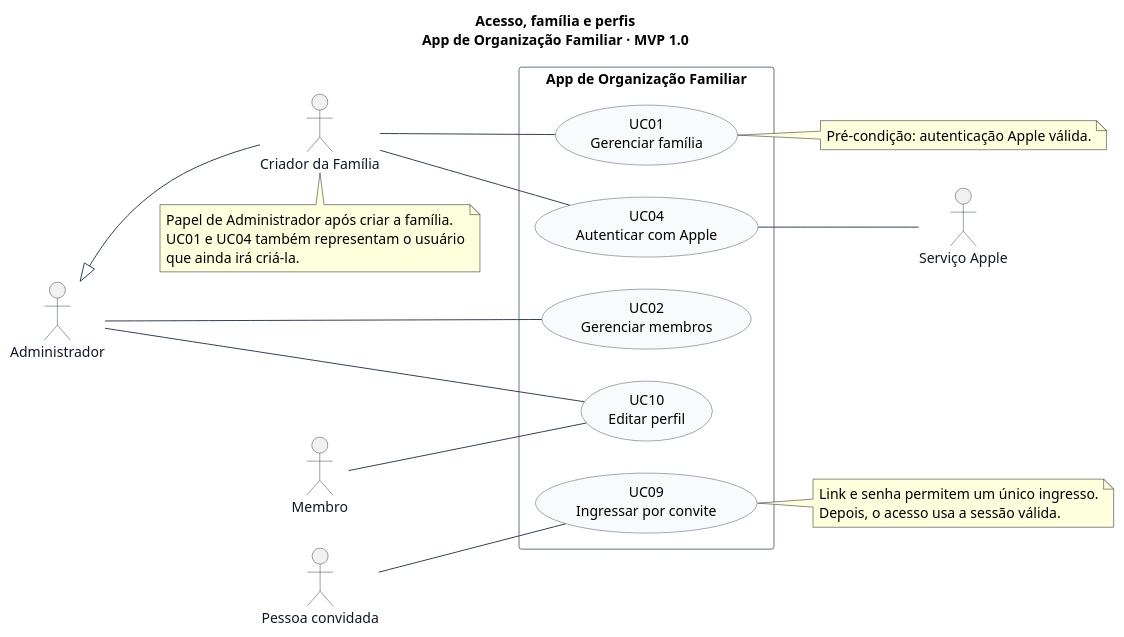
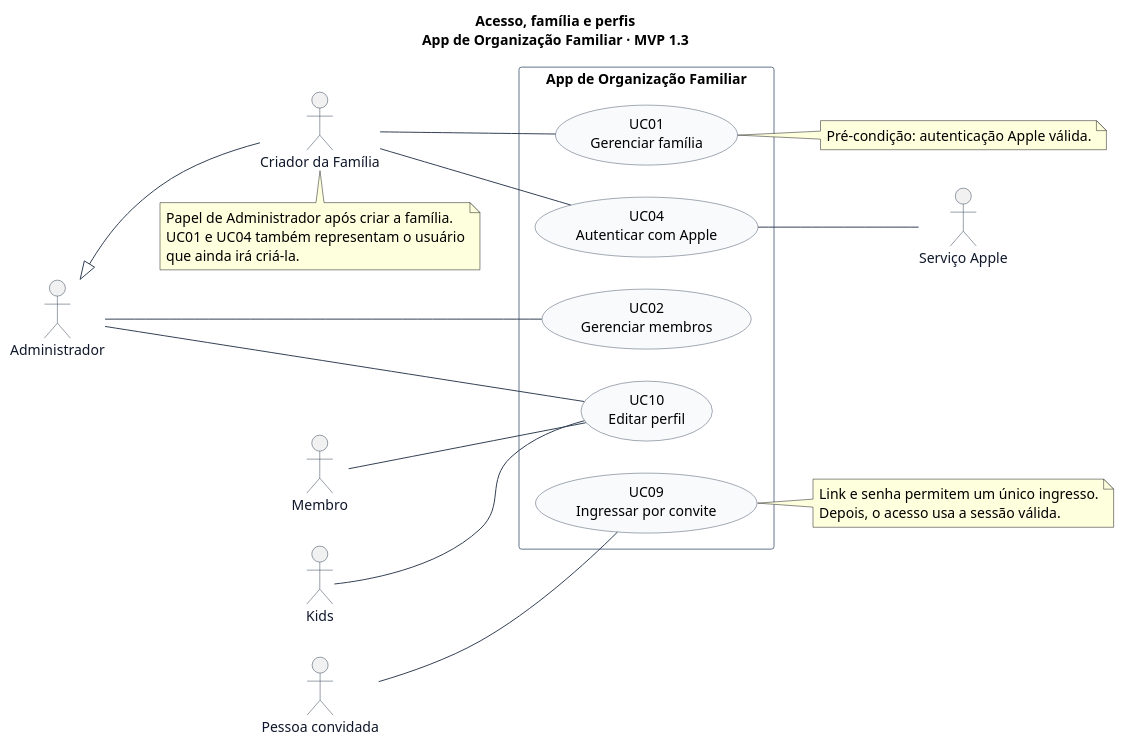
Before and after one commit to lizandramalta/App-Rotina-Familiar: the diagram in docs/diagramas/casos-de-uso/02-acesso-familia-perfis.puml, drawn with PlantUML. The commit also changed 21 other files, not shown here.

```diff
--- a/docs/diagramas/casos-de-uso/02-acesso-familia-perfis.puml
+++ b/docs/diagramas/casos-de-uso/02-acesso-familia-perfis.puml
@@ -1,54 +1,56 @@
 @startuml
 ' Fonte editável. Renderização: java -jar plantuml.jar -charset UTF-8 -tsvg *.puml
 left to right direction
 skinparam shadowing false
 skinparam backgroundColor white
 skinparam defaultFontName SansSerif
 skinparam defaultFontSize 14
 skinparam ArrowColor #334155
 skinparam actorBorderColor #334155
 skinparam actorFontColor #0F172A
 skinparam usecaseBackgroundColor #F8FAFC
 skinparam usecaseBorderColor #475569
 skinparam rectangleBorderColor #64748B
 skinparam packageStyle rectangle
 skinparam nodesep 32
 skinparam ranksep 55
-title Acesso, família e perfis\nApp de Organização Familiar · MVP 1.0
+title Acesso, família e perfis\nApp de Organização Familiar · MVP 1.3
 
 actor "Administrador" as Admin
 actor "Membro" as Membro
+actor "Kids" as Kids
 actor "Criador da Família" as Criador
 actor "Pessoa convidada" as Convidado
 actor "Serviço Apple" as Apple
 
 rectangle "App de Organização Familiar" {
   usecase "UC01\nGerenciar família" as UC01
   usecase "UC02\nGerenciar membros" as UC02
   usecase "UC04\nAutenticar com Apple" as UC04
   usecase "UC09\nIngressar por convite" as UC09
   usecase "UC10\nEditar perfil" as UC10
 }
 
 Admin -- UC02
 Admin -- UC10
 Membro -- UC10
+Kids -- UC10
 Criador -- UC01
 Criador -- UC04
 Convidado -- UC09
 UC04 -- Apple
 Criador -up-|> Admin
 note bottom of Criador
   Papel de Administrador após criar a família.
   UC01 e UC04 também representam o usuário
   que ainda irá criá-la.
 end note
 note right of UC01
   Pré-condição: autenticação Apple válida.
 end note
 note right of UC09
   Link e senha permitem um único ingresso.
   Depois, o acesso usa a sessão válida.
 end note
 
 @enduml
```
